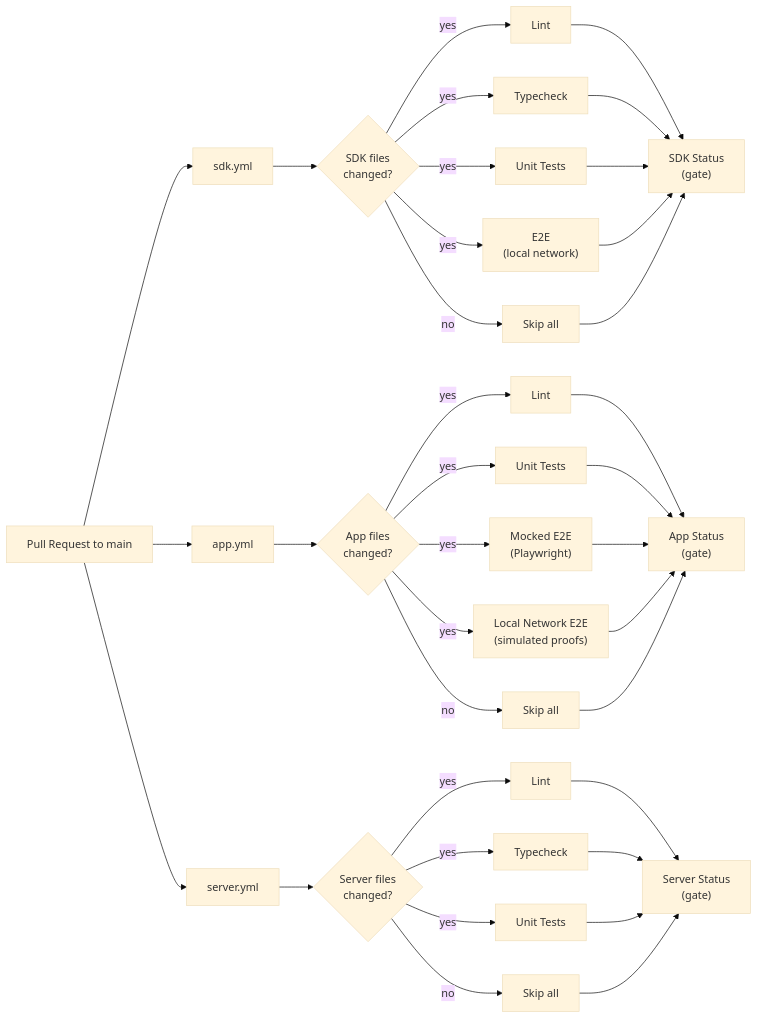
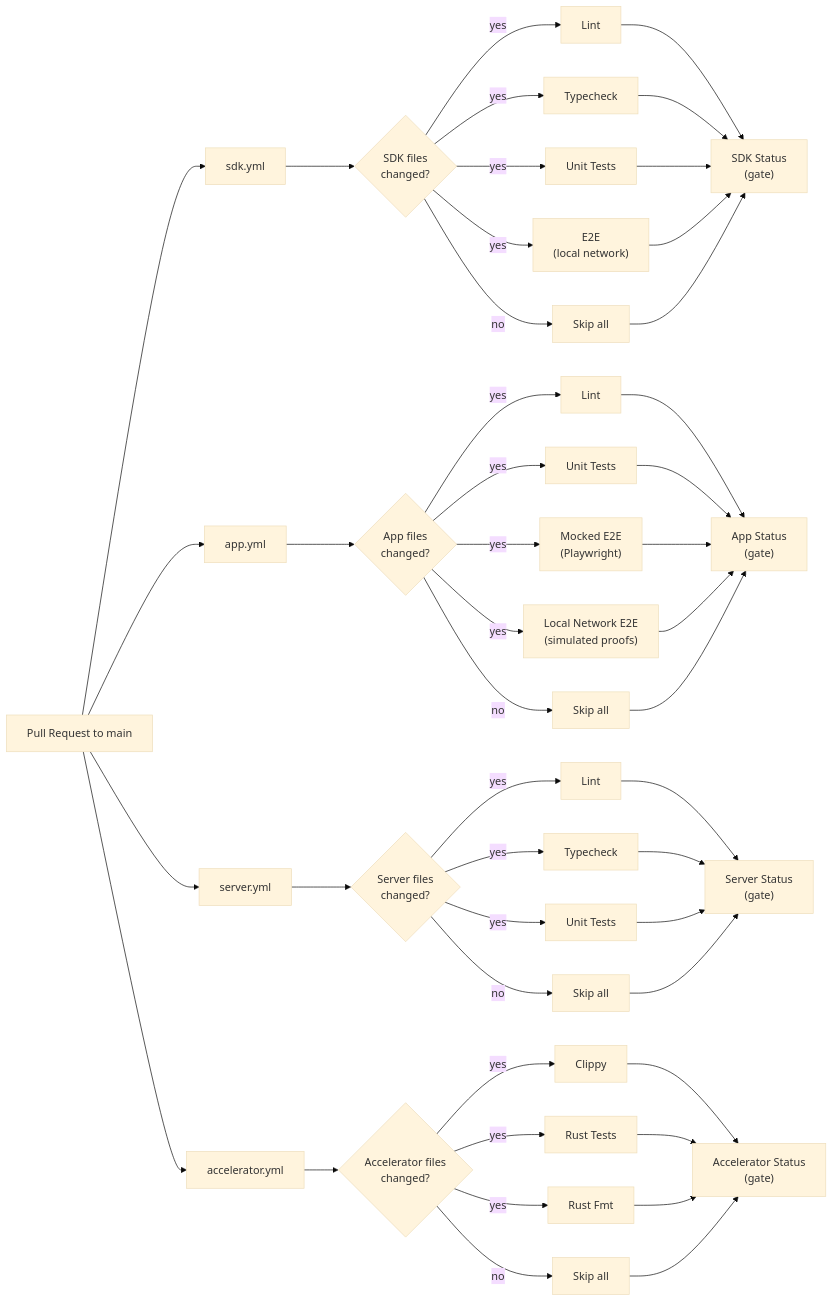
The first of 6 diagrams in docs/ci-pipeline.md (alejoamiras/tee-rex), drawn with Mermaid (base theme) before and after one commit. The commit also changed other lines of this file and 20 other files, not shown here.

````diff
--- a/docs/ci-pipeline.md
+++ b/docs/ci-pipeline.md
@@ -24,29 +24,37 @@
 ```mermaid
 graph LR
     PR["Pull Request to main"] --> sdk["sdk.yml"]
     PR --> app["app.yml"]
     PR --> server["server.yml"]
 
     sdk --> sdk_changes{"SDK files\nchanged?"}
     sdk_changes -->|yes| sdk_lint["Lint"]
     sdk_changes -->|yes| sdk_tc["Typecheck"]
     sdk_changes -->|yes| sdk_unit["Unit Tests"]
     sdk_changes -->|yes| sdk_e2e["E2E\n(local network)"]
     sdk_changes -->|no| sdk_skip["Skip all"]
     sdk_lint & sdk_tc & sdk_unit & sdk_e2e & sdk_skip --> sdk_gate["SDK Status\n(gate)"]
 
     app --> app_changes{"App files\nchanged?"}
     app_changes -->|yes| app_lint["Lint"]
     app_changes -->|yes| app_unit["Unit Tests"]
     app_changes -->|yes| app_mocked["Mocked E2E\n(Playwright)"]
     app_changes -->|yes| app_local["Local Network E2E\n(simulated proofs)"]
     app_changes -->|no| app_skip["Skip all"]
     app_lint & app_unit & app_mocked & app_local & app_skip --> app_gate["App Status\n(gate)"]
 
     server --> srv_changes{"Server files\nchanged?"}
     srv_changes -->|yes| srv_lint["Lint"]
     srv_changes -->|yes| srv_tc["Typecheck"]
     srv_changes -->|yes| srv_unit["Unit Tests"]
     srv_changes -->|no| srv_skip["Skip all"]
     srv_lint & srv_tc & srv_unit & srv_skip --> srv_gate["Server Status\n(gate)"]
+
+    PR --> accel["accelerator.yml"]
+    accel --> accel_changes{"Accelerator files\nchanged?"}
+    accel_changes -->|yes| accel_clippy["Clippy"]
+    accel_changes -->|yes| accel_test["Rust Tests"]
+    accel_changes -->|yes| accel_fmt["Rust Fmt"]
+    accel_changes -->|no| accel_skip["Skip all"]
+    accel_clippy & accel_test & accel_fmt & accel_skip --> accel_gate["Accelerator Status\n(gate)"]
 ```
````
